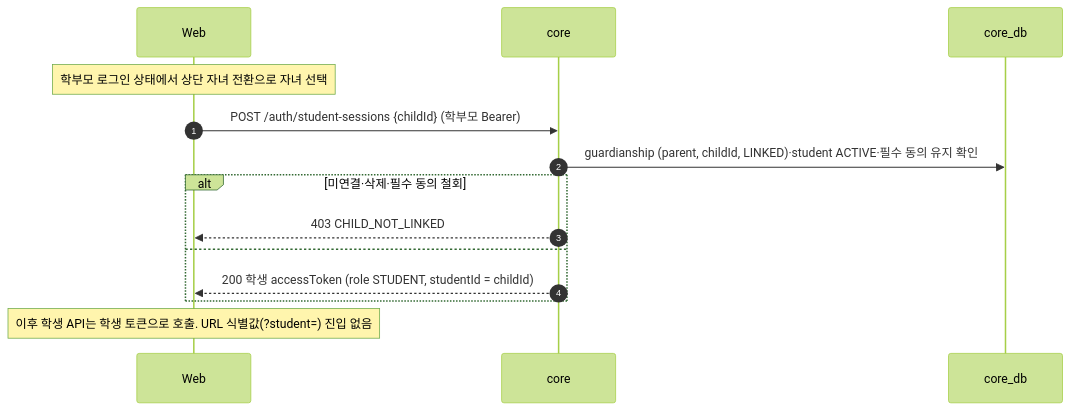
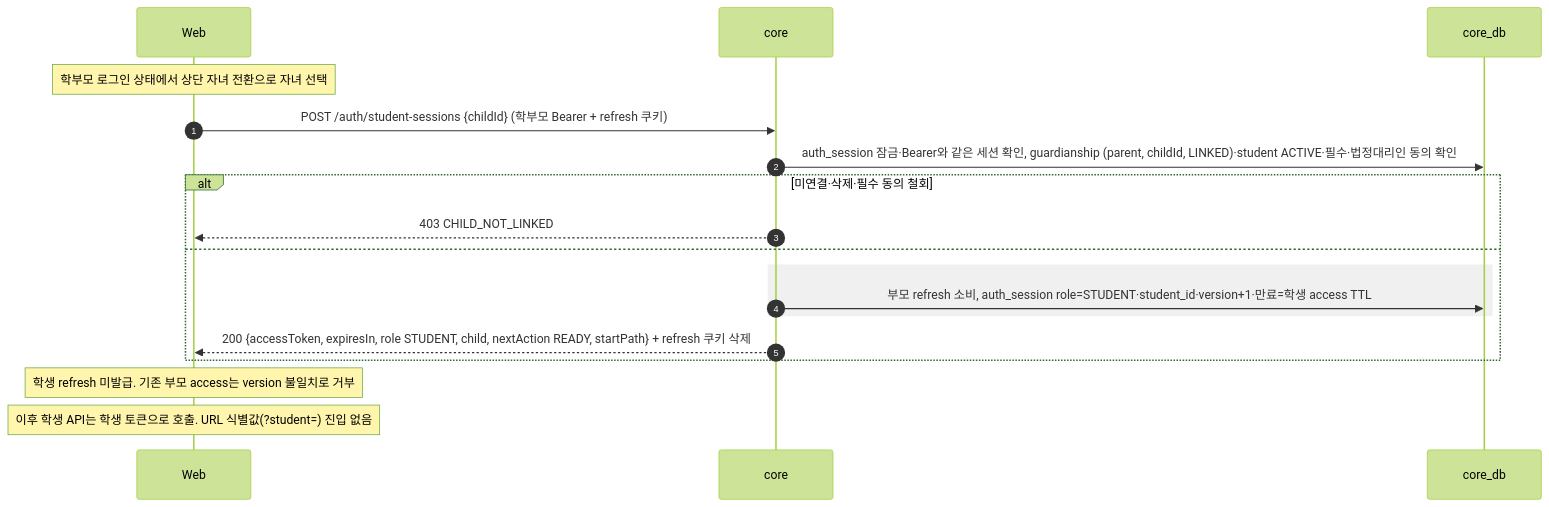
Before and after one commit to SKNETWORKS-FAMILY-AICAMP/SKN34-FINAL-3TEAM: the third of 21 diagrams in docs/design/sequence-diagram.md, drawn with Mermaid (forest theme). The commit also changed other lines of this file and 9 other files, not shown here.

````diff
--- a/docs/design/sequence-diagram.md
+++ b/docs/design/sequence-diagram.md
@@ -88,17 +110,21 @@
 ```mermaid
 sequenceDiagram
   autonumber
   participant W as Web
   participant C as core
   participant DB as core_db
 
   Note over W: 학부모 로그인 상태에서 상단 자녀 전환으로 자녀 선택
-  W->>C: POST /auth/student-sessions {childId} (학부모 Bearer)
-  C->>DB: guardianship (parent, childId, LINKED)·student ACTIVE·필수 동의 유지 확인
+  W->>C: POST /auth/student-sessions {childId} (학부모 Bearer + refresh 쿠키)
+  C->>DB: auth_session 잠금·Bearer와 같은 세션 확인, guardianship (parent, childId, LINKED)·student ACTIVE·필수·법정대리인 동의 확인
   alt 미연결·삭제·필수 동의 철회
     C-->>W: 403 CHILD_NOT_LINKED
   else
-    C-->>W: 200 학생 accessToken (role STUDENT, studentId = childId)
+    rect rgba(128,128,128,0.12)
+      C->>DB: 부모 refresh 소비, auth_session role=STUDENT·student_id·version+1·만료=학생 access TTL
+    end
+    C-->>W: 200 {accessToken, expiresIn, role STUDENT, child, nextAction READY, startPath} + refresh 쿠키 삭제
   end
+  Note over W: 학생 refresh 미발급. 기존 부모 access는 version 불일치로 거부
   Note over W: 이후 학생 API는 학생 토큰으로 호출. URL 식별값(?student=) 진입 없음
 ```
````
